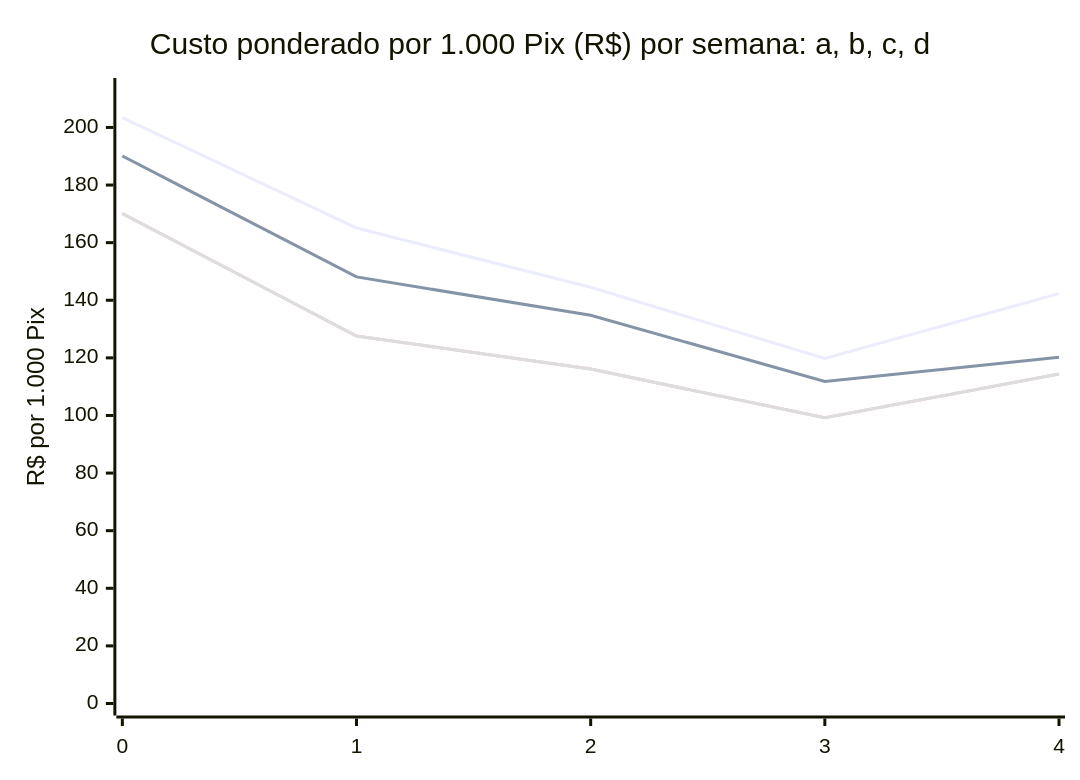
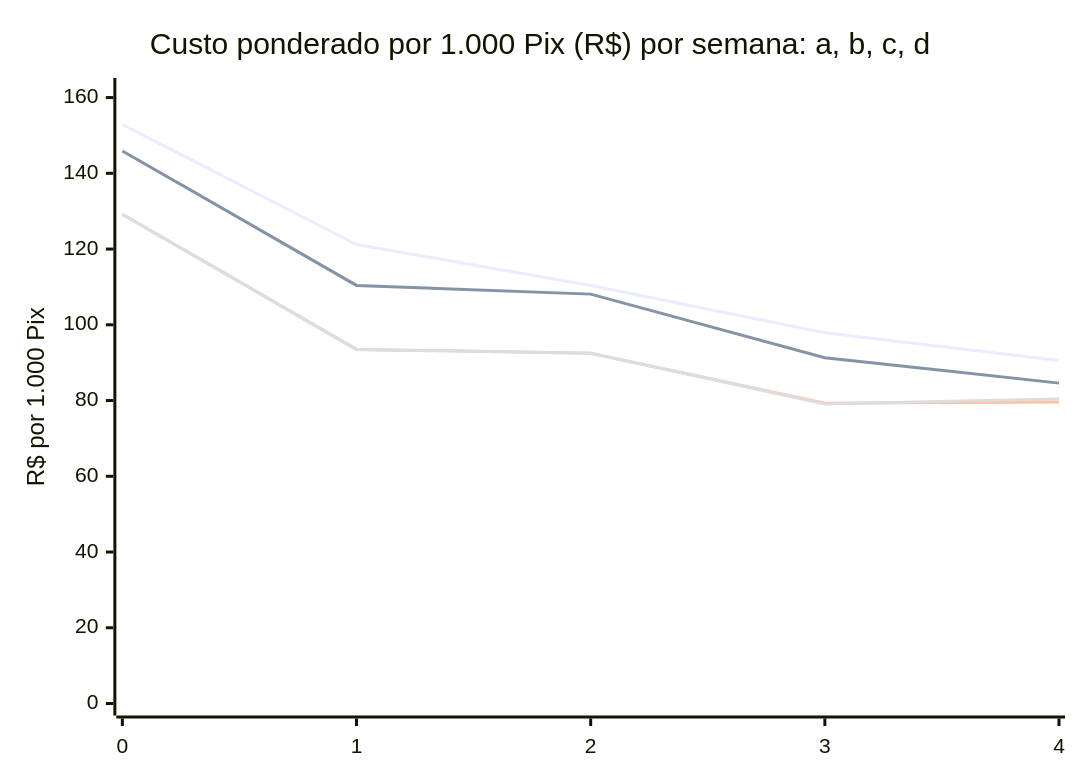
Before and after one commit to phprestes/Hackathon-Anti-Fraud-Pix: the first of 2 diagrams in docs/05-motor/validacao-pixsim.md, drawn with Mermaid. The commit also changed other lines of this file and 1 other file, not shown here.

````diff
--- a/docs/05-motor/validacao-pixsim.md
+++ b/docs/05-motor/validacao-pixsim.md
@@ -434,10 +431,10 @@
 ```mermaid
 xychart-beta
     title "Custo ponderado por 1.000 Pix (R$) por semana: a, b, c, d"
     x-axis [0, 1, 2, 3, 4]
-    y-axis "R$ por 1.000 Pix" 0 --> 213
-    line [203.4, 165.1, 144.5, 119.8, 142.3]
-    line [190.1, 148.1, 134.8, 111.8, 120.2]
-    line [170.1, 127.6, 116.1, 99.2, 114.4]
-    line [170.1, 127.6, 116.1, 99.2, 114.4]
+    y-axis "R$ por 1.000 Pix" 0 --> 162
+    line [152.9, 121.2, 110.4, 97.9, 90.6]
+    line [145.9, 110.4, 108.1, 91.3, 84.6]
+    line [129.2, 93.5, 92.5, 79.3, 79.6]
+    line [129.2, 93.5, 92.5, 79.1, 80.4]
 ```
````
